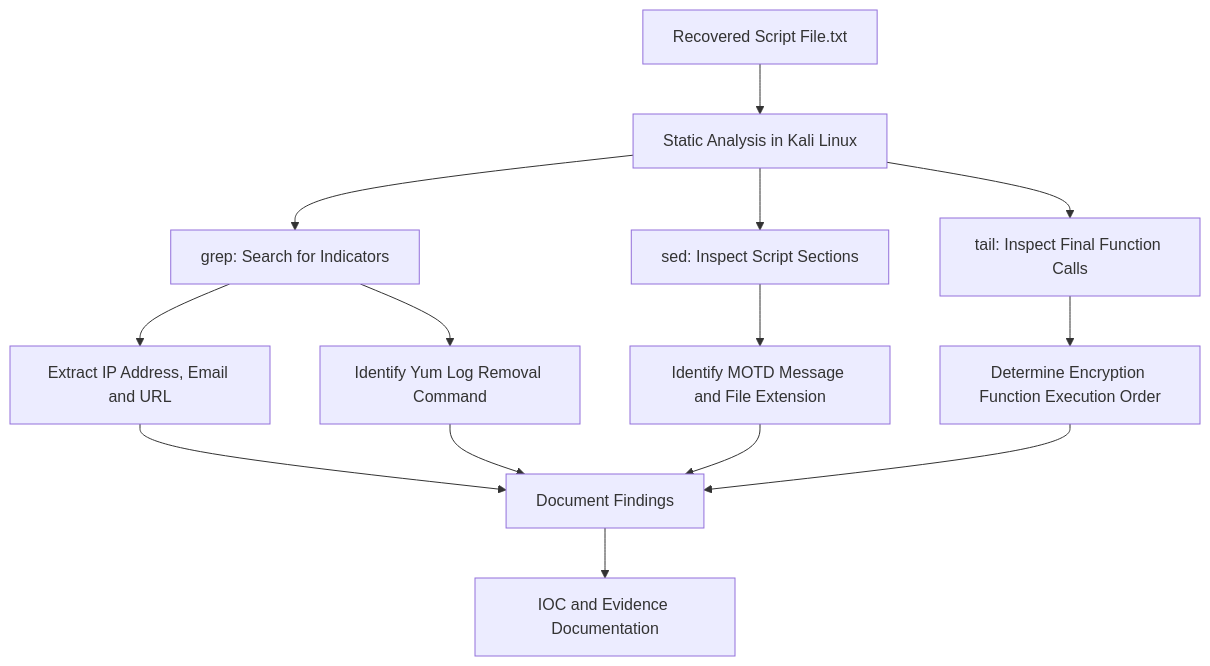
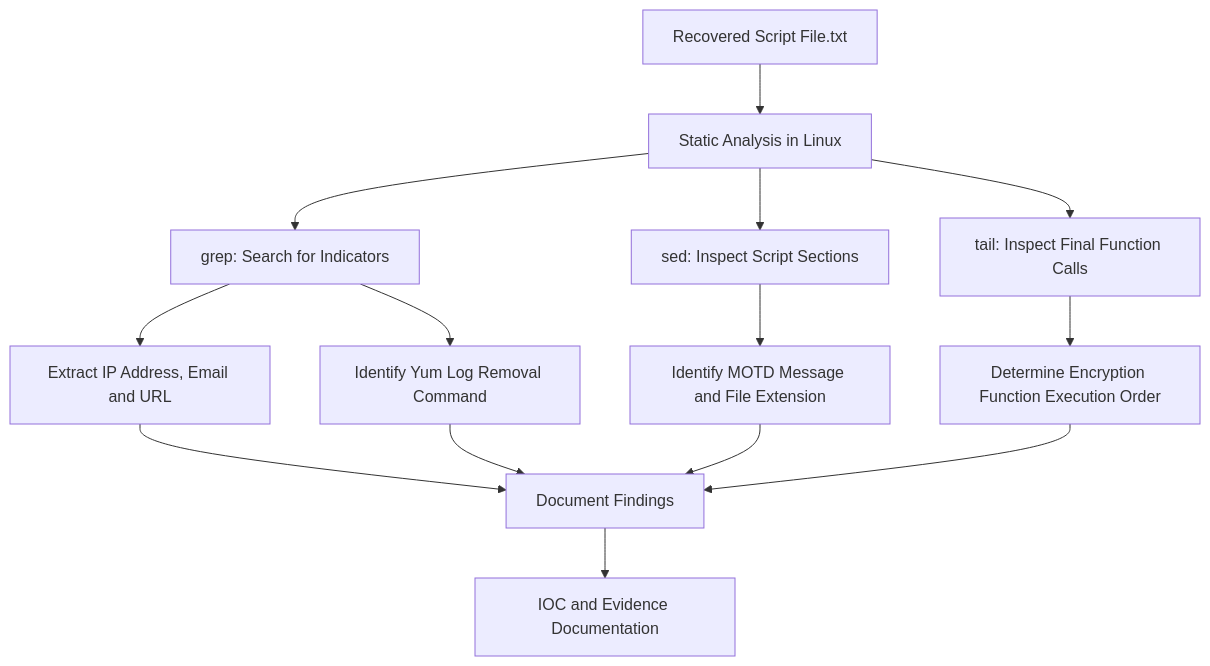
One commit to socanalystnikola/BTLO-DFIR-BTL1-Exam-Preparation changed the first of 3 diagrams in challenges/malware-analysis-ransomware-script/README.md. Above: the diagram before and after it, drawn with Mermaid. The commit also changed other lines of this file and 22 other files, not shown here.

Commit message:
Replace Kali Linux with Linux in documentation

````diff
--- a/challenges/malware-analysis-ransomware-script/README.md
+++ b/challenges/malware-analysis-ransomware-script/README.md
@@ -316,16 +316,16 @@
 ```mermaid
 flowchart TD
-    A["Recovered Script File.txt"] --> B["Static Analysis in Kali Linux"]
+    A["Recovered Script File.txt"] --> B["Static Analysis in Linux"]
     B --> C["grep: Search for Indicators"]
     B --> D["sed: Inspect Script Sections"]
     B --> E["tail: Inspect Final Function Calls"]
     C --> F["Extract IP Address, Email and URL"]
     D --> G["Identify MOTD Message and File Extension"]
     C --> H["Identify Yum Log Removal Command"]
     E --> I["Determine Encryption Function Execution Order"]
     F --> J["Document Findings"]
     G --> J
     H --> J
     I --> J
     J --> K["IOC and Evidence Documentation"]
 ```
````
